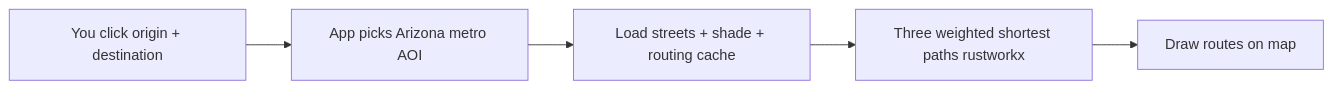
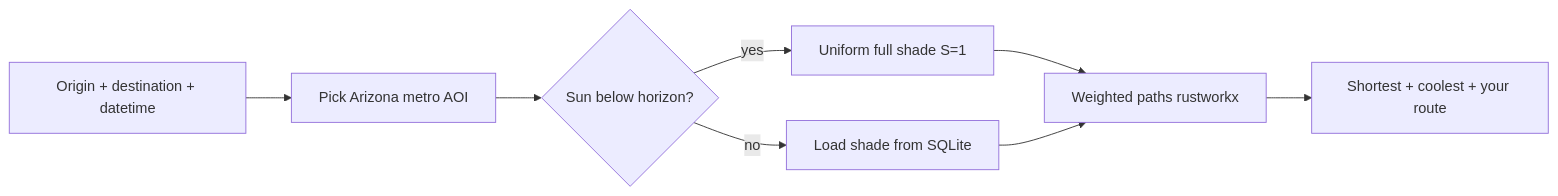
The diagram in README.md (HastiPatel05/UmbraStride), drawn with Mermaid before and after one commit. The commit also changed other lines of this file and 8 other files, not shown here.

Commit message:
Document night routing, Docker, and shade worker in README and docs.

````diff
--- a/README.md
+++ b/README.md
@@ -39,7 +40,10 @@
 ```mermaid
 flowchart LR
-  A[You click origin + destination] --> B[App picks Arizona metro AOI]
-  B --> C[Load streets + shade + routing cache]
-  C --> D[Three weighted shortest paths rustworkx]
-  D --> E[Draw routes on map]
+  A[Origin + destination + datetime] --> B[Pick Arizona metro AOI]
+  B --> C{Sun below horizon?}
+  C -->|yes| D[Uniform full shade S=1]
+  C -->|no| E[Load shade from SQLite]
+  D --> F[Weighted paths rustworkx]
+  E --> F
+  F --> G[Shortest + coolest + your route]
 ```
````
